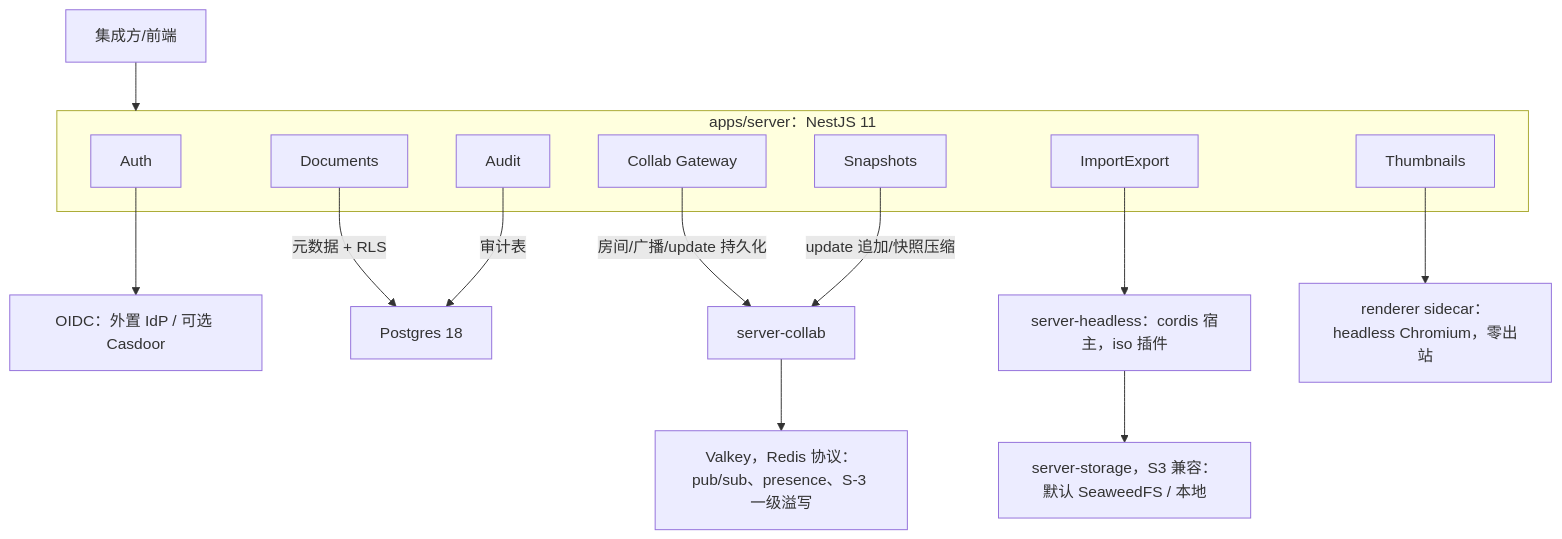
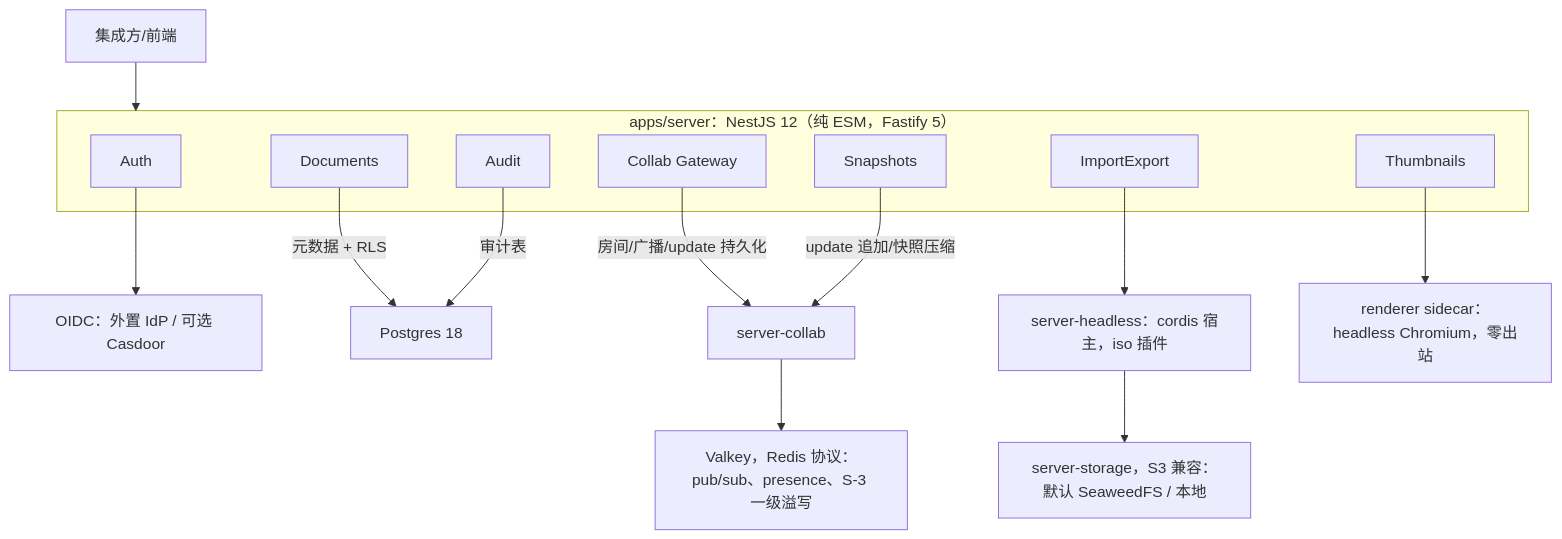
One commit to Xeonice/cordis-ppt-editor changed the first of 14 diagrams in docs/10-prd/03-features/06-server-and-ops.md. Above: the diagram before and after it, drawn with Mermaid. The commit also changed other lines of this file and 78 other files, not shown here.

````diff
--- a/docs/10-prd/03-features/06-server-and-ops.md
+++ b/docs/10-prd/03-features/06-server-and-ops.md
@@ -23,30 +23,30 @@
 ```mermaid
 flowchart TB
   fe["集成方/前端"]
-  subgraph server["apps/server：NestJS 11"]
+  subgraph server["apps/server：NestJS 12（纯 ESM，Fastify 5）"]
     auth["Auth"]
     docs["Documents"]
     gw["Collab Gateway"]
     ie["ImportExport"]
     snaps["Snapshots"]
     thumbs["Thumbnails"]
     audit["Audit"]
   end
   oidc["OIDC：外置 IdP / 可选 Casdoor"]
   pg["Postgres 18"]
   sc["server-collab"]
   sh["server-headless：cordis 宿主，iso 插件"]
   renderer["renderer sidecar：headless Chromium，零出站"]
   valkey["Valkey，Redis 协议：pub/sub、presence、S-3 一级溢写"]
   storage["server-storage，S3 兼容：默认 SeaweedFS / 本地"]
   fe --> server
   auth --> oidc
   docs -->|"元数据 + RLS"| pg
   gw -->|"房间/广播/update 持久化"| sc
   ie --> sh
   snaps -->|"update 追加/快照压缩"| sc
   thumbs --> renderer
   audit -->|"审计表"| pg
   sc --> valkey
   sh --> storage
 ```
````
